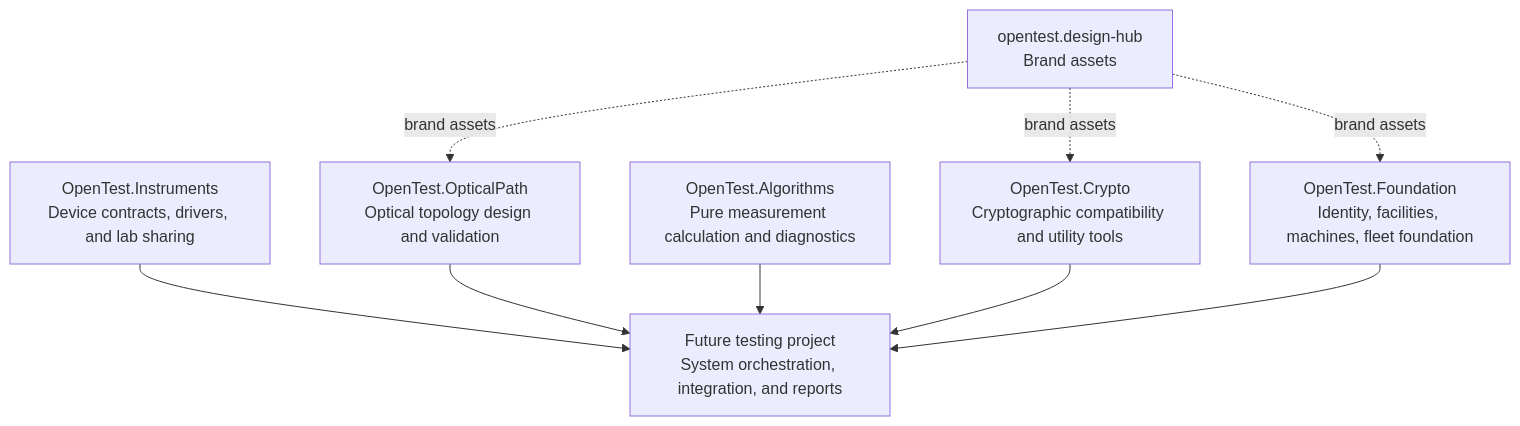
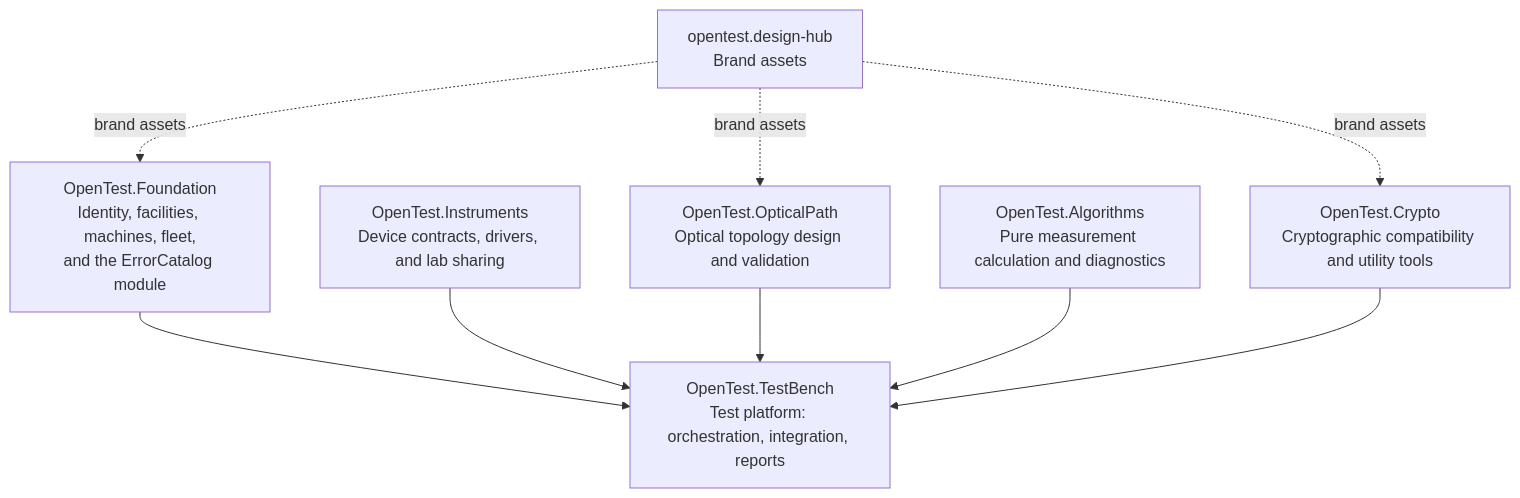
One commit to OpenTest-Labs/.github changed the diagram in profile/README.md. Above: the diagram before and after it, drawn with Mermaid. The commit also changed other lines of this file and 1 other file, not shown here.

````diff
--- a/profile/README.md
+++ b/profile/README.md
@@ -13,19 +13,19 @@
 ```mermaid
 flowchart TB
-    FOUNDATION["OpenTest.Foundation<br/>Identity, facilities, machines, fleet foundation"]
+    FOUNDATION["OpenTest.Foundation<br/>Identity, facilities, machines, fleet,<br/>and the ErrorCatalog module"]
     INSTRUMENTS["OpenTest.Instruments<br/>Device contracts, drivers, and lab sharing"]
     OPTICAL["OpenTest.OpticalPath<br/>Optical topology design and validation"]
     ALGORITHMS["OpenTest.Algorithms<br/>Pure measurement calculation and diagnostics"]
     CRYPTO["OpenTest.Crypto<br/>Cryptographic compatibility and utility tools"]
-    TESTING["Future testing project<br/>System orchestration, integration, and reports"]
+    TESTBENCH["OpenTest.TestBench<br/>Test platform: orchestration, integration, reports"]
     DESIGN["opentest.design-hub<br/>Brand assets"]
 
     DESIGN -. brand assets .-> FOUNDATION
     DESIGN -. brand assets .-> OPTICAL
     DESIGN -. brand assets .-> CRYPTO
-    INSTRUMENTS --> TESTING
-    OPTICAL --> TESTING
-    ALGORITHMS --> TESTING
-    CRYPTO --> TESTING
-    FOUNDATION --> TESTING
+    FOUNDATION --> TESTBENCH
+    INSTRUMENTS --> TESTBENCH
+    OPTICAL --> TESTBENCH
+    ALGORITHMS --> TESTBENCH
+    CRYPTO --> TESTBENCH
 ```
````
